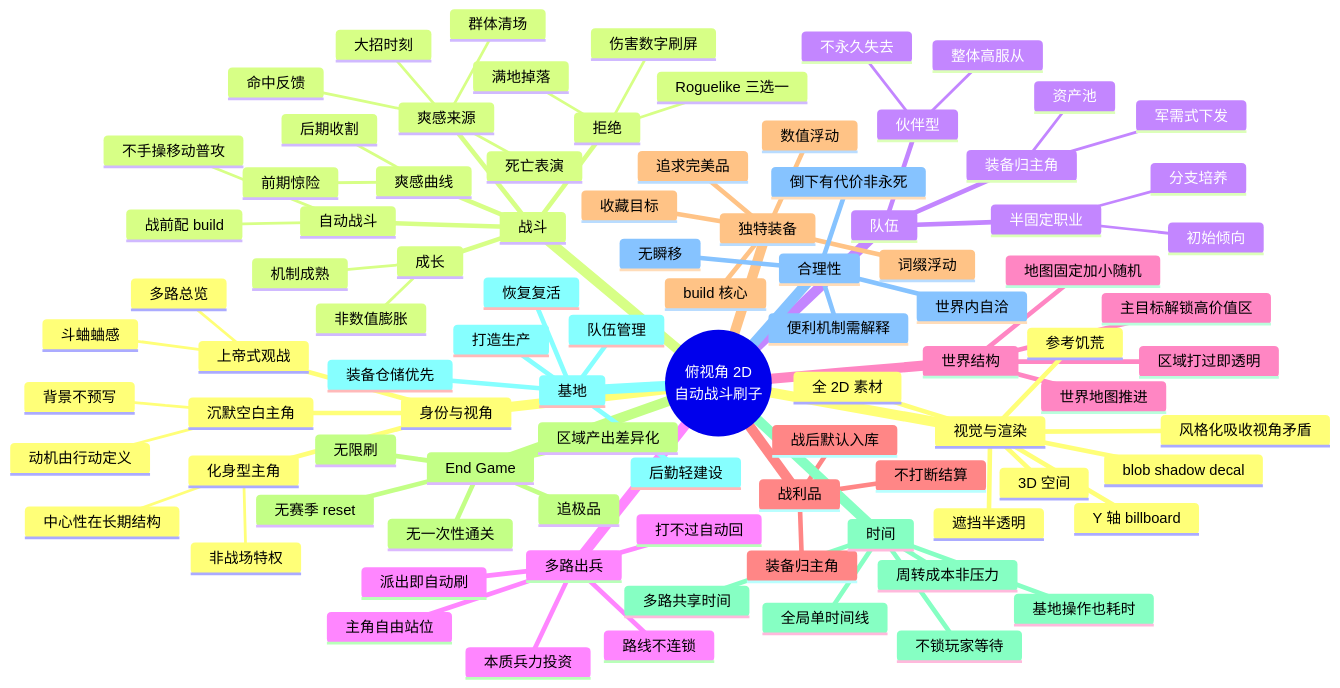
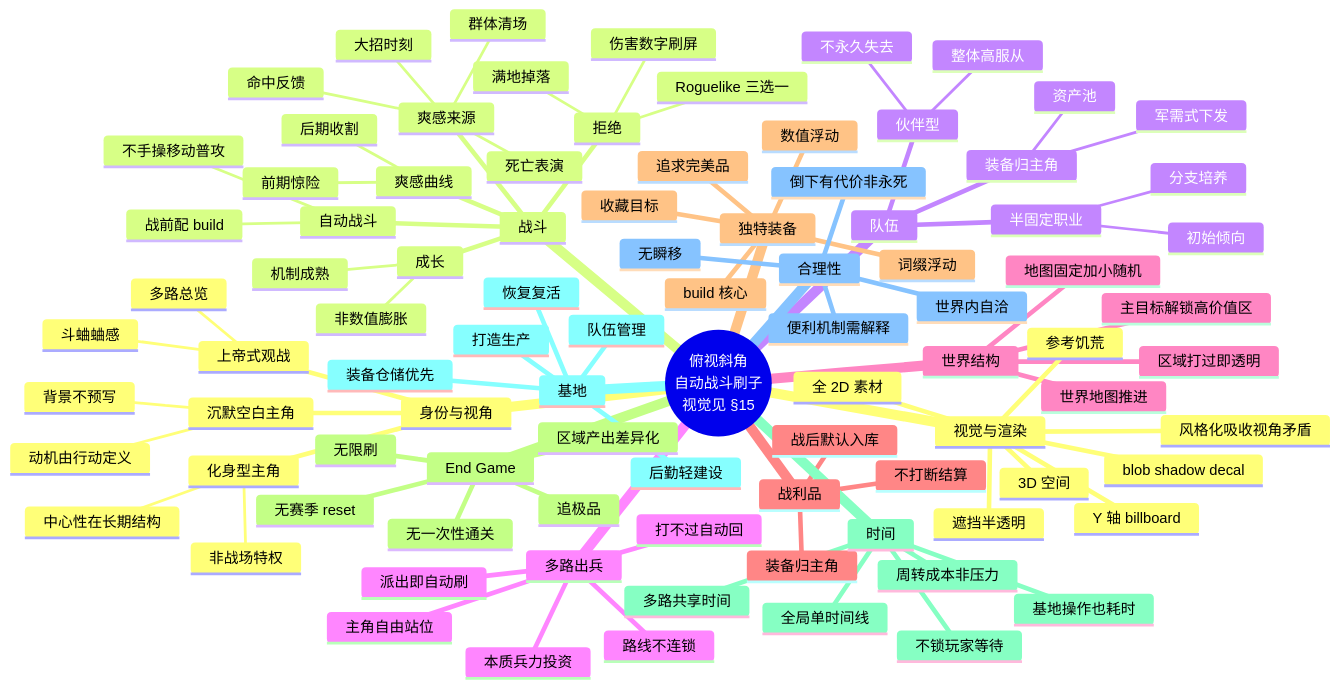
One commit to seekerlee/percussion changed the diagram in doc/game-design-mindmap.md. Above: the diagram before and after it, drawn with Mermaid. The commit also changed 4 other files, not shown here.

````diff
--- a/doc/game-design-mindmap.md
+++ b/doc/game-design-mindmap.md
@@ -5,6 +5,6 @@
 ```mermaid
 mindmap
-  root((俯视角 2D<br/>自动战斗刷子))
+  root((俯视斜角<br/>自动战斗刷子<br/>视觉见 §15))
     身份与视角
       化身型主角
         中心性在长期结构
````
